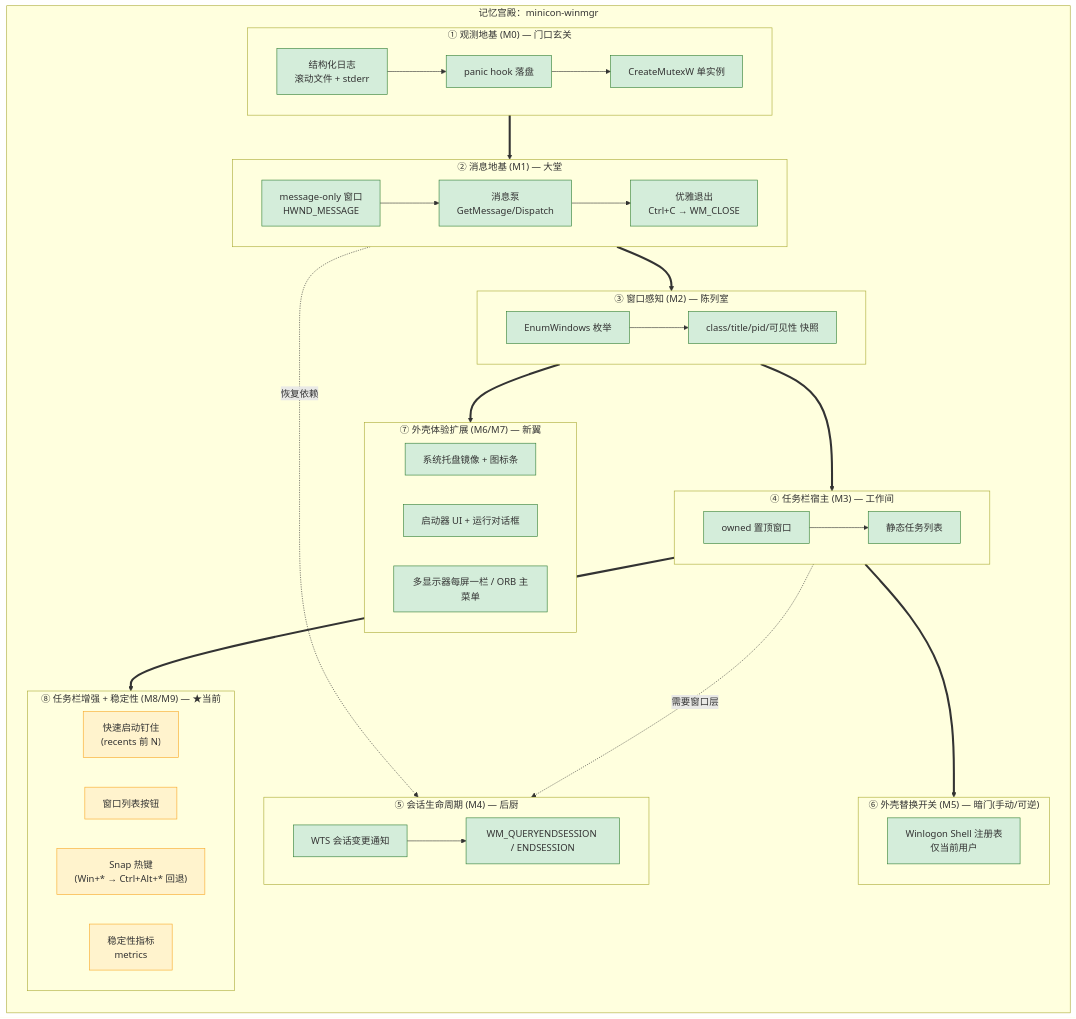
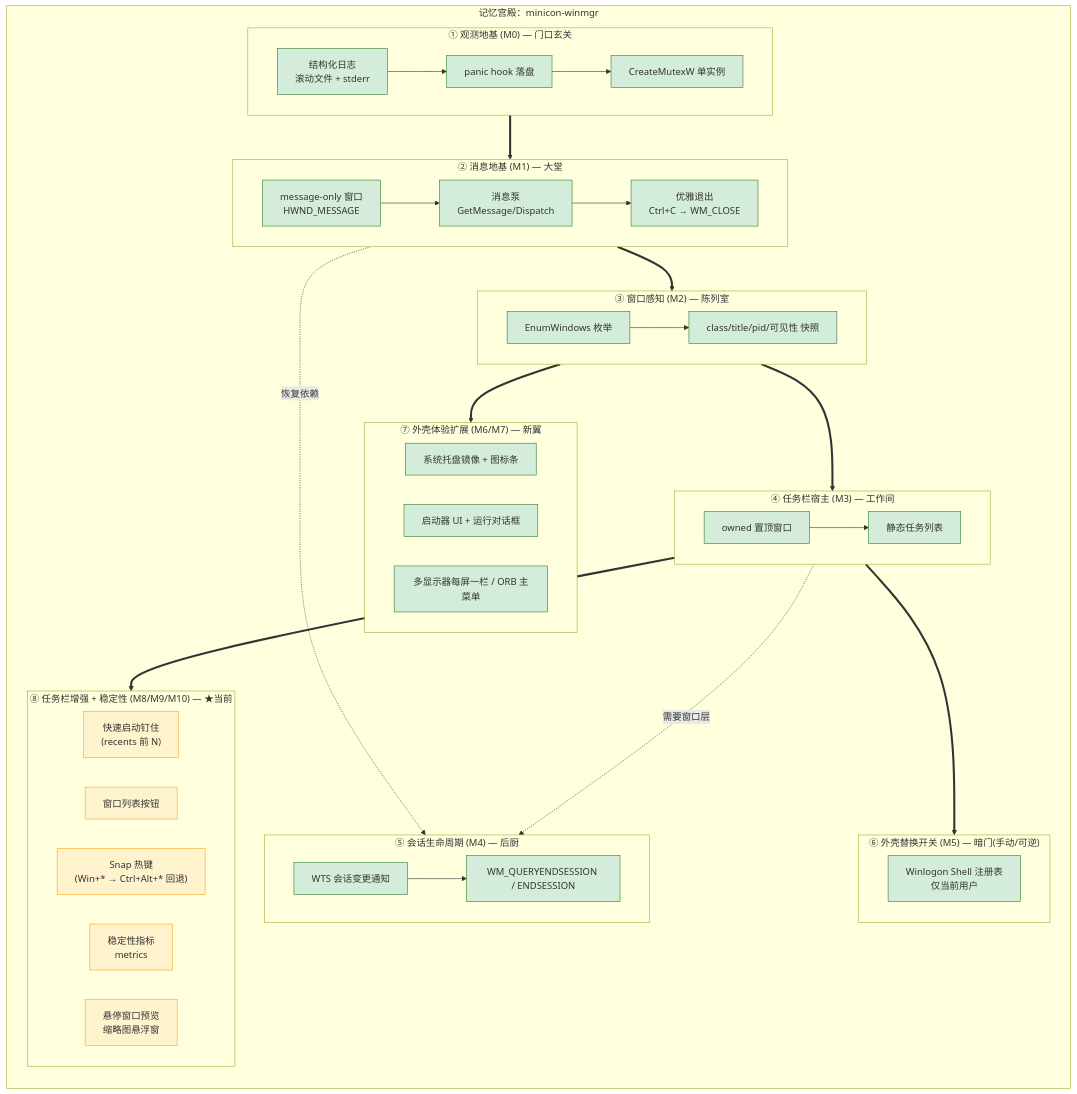
Before and after one commit to partnernetsoftware/minicon-winmgr: the diagram in docs/prd.md, drawn with Mermaid. The commit also changed other lines of this file and 8 other files, not shown here.

````diff
--- a/docs/prd.md
+++ b/docs/prd.md
@@ -104,68 +104,69 @@
 ```mermaid
 flowchart TD
     subgraph PALACE["记忆宫殿：minicon-winmgr"]
         direction TB
 
         subgraph ROOM_A["① 观测地基 (M0) — 门口玄关"]
             A1["结构化日志<br/>滚动文件 + stderr"]
             A2["panic hook 落盘"]
             A3["CreateMutexW 单实例"]
             A1 --> A2 --> A3
         end
 
         subgraph ROOM_B["② 消息地基 (M1) — 大堂"]
             B1["message-only 窗口<br/>HWND_MESSAGE"]
             B2["消息泵<br/>GetMessage/Dispatch"]
             B3["优雅退出<br/>Ctrl+C → WM_CLOSE"]
             B1 --> B2 --> B3
         end
 
         subgraph ROOM_C["③ 窗口感知 (M2) — 陈列室"]
             C1["EnumWindows 枚举"]
             C2["class/title/pid/可见性 快照"]
             C1 --> C2
         end
 
         subgraph ROOM_D["④ 任务栏宿主 (M3) — 工作间"]
             D1["owned 置顶窗口"]
             D2["静态任务列表"]
             D1 --> D2
         end
 
         subgraph ROOM_E["⑤ 会话生命周期 (M4) — 后厨"]
             E1["WTS 会话变更通知"]
             E2["WM_QUERYENDSESSION / ENDSESSION"]
             E1 --> E2
         end
 
         subgraph ROOM_F["⑥ 外壳替换开关 (M5) — 暗门(手动/可逆)"]
             F1["Winlogon Shell 注册表<br/>仅当前用户"]
         end
 
         subgraph ROOM_G["⑦ 外壳体验扩展 (M6/M7) — 新翼"]
             G1["系统托盘镜像 + 图标条"]
             G2["启动器 UI + 运行对话框"]
             G3["多显示器每屏一栏 / ORB 主菜单"]
         end
 
-        subgraph ROOM_H["⑧ 任务栏增强 + 稳定性 (M8/M9) — ★当前"]
+        subgraph ROOM_H["⑧ 任务栏增强 + 稳定性 (M8/M9/M10) — ★当前"]
             H1["快速启动钉住<br/>(recents 前 N)"]
             H2["窗口列表按钮"]
             H3["Snap 热键<br/>(Win+* → Ctrl+Alt+* 回退)"]
             H4["稳定性指标<br/>metrics"]
+            H5["悬停窗口预览<br/>缩略图悬浮窗"]
         end
     end
 
     ROOM_A ==> ROOM_B ==> ROOM_C ==> ROOM_D
     ROOM_B -.恢复依赖.-> ROOM_E
     ROOM_D -.需要窗口层.-> ROOM_E
     ROOM_D ==> ROOM_F
     ROOM_C ==> ROOM_G
     ROOM_D ==> ROOM_H
 
     classDef done fill:#d4edda,stroke:#2e7d32;
     classDef current fill:#fff3cd,stroke:#f9a825;
     classDef todo fill:#f8f9fa,stroke:#adb5bd;
     class A1,A2,A3,B1,B2,B3,C1,C2,D1,D2,E1,E2,F1,G1,G2,G3 done;
-    class H1,H2,H3,H4 current;
+    class H1,H2,H3,H4,H5 current;
 ```
````
